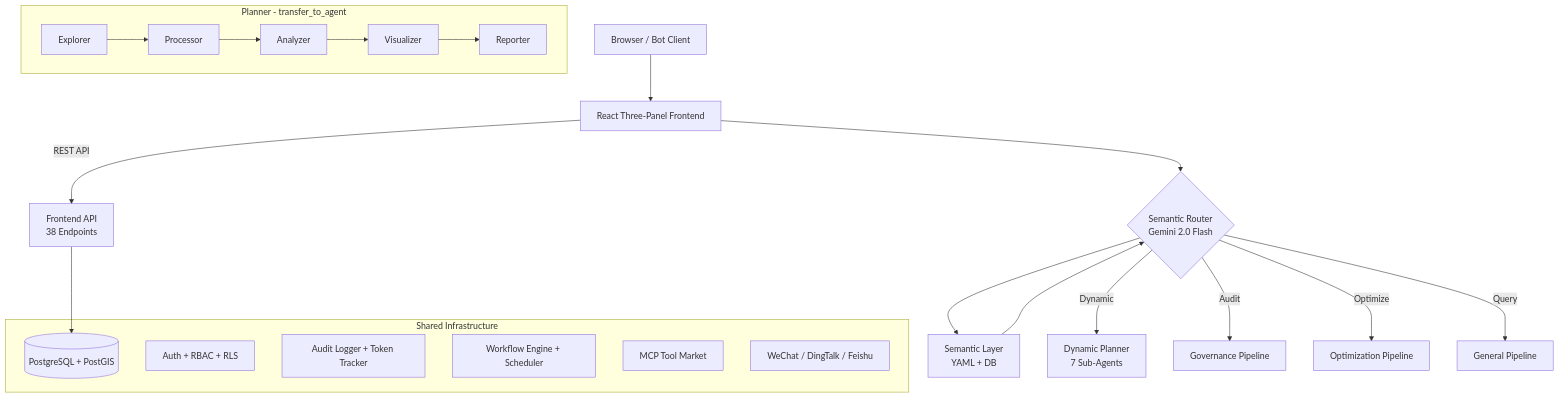
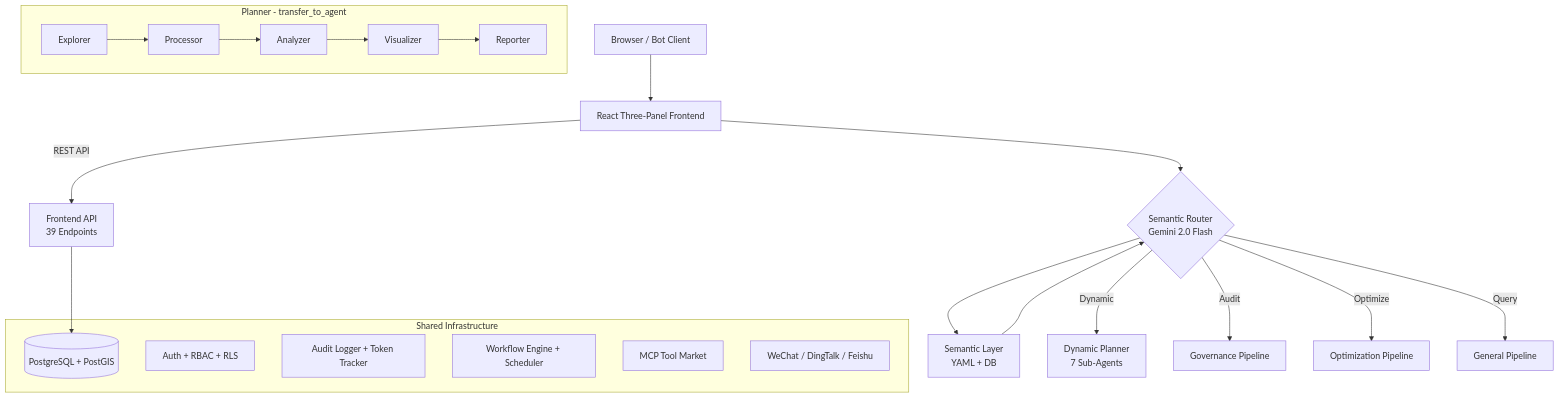
One commit to zhouning/gisdataagent changed the diagram in README_en.md. Above: the diagram before and after it, drawn with Mermaid. The commit also changed other lines of this file and 1 other file, not shown here.

Commit message:
docs(readme): sync both READMEs to v7.5 complete — 39 endpoints, 1490+ tests, 16 skills, context caching

````diff
--- a/README_en.md
+++ b/README_en.md
@@ -60,28 +60,28 @@
 ```mermaid
 graph TD
     User["Browser / Bot Client"] --> FE["React Three-Panel Frontend"]
     FE --> Router{"Semantic Router<br/>Gemini 2.0 Flash"}
     Router --> SL["Semantic Layer<br/>YAML + DB"]
     SL --> Router
 
     Router --"Dynamic"--> Planner["Dynamic Planner<br/>7 Sub-Agents"]
     Router --"Audit"--> Gov["Governance Pipeline"]
     Router --"Optimize"--> Opt["Optimization Pipeline"]
     Router --"Query"--> Gen["General Pipeline"]
 
     subgraph PlannerSub ["Planner - transfer_to_agent"]
         PE["Explorer"] --> PP["Processor"] --> PA["Analyzer"] --> PV["Visualizer"] --> PR["Reporter"]
     end
 
     subgraph Infra ["Shared Infrastructure"]
         DB[("PostgreSQL + PostGIS")]
         Auth["Auth + RBAC + RLS"]
         Audit["Audit Logger + Token Tracker"]
         WF["Workflow Engine + Scheduler"]
         MCP["MCP Tool Market"]
         Bots["WeChat / DingTalk / Feishu"]
     end
 
-    FE --"REST API"--> FAPI["Frontend API<br/>38 Endpoints"]
+    FE --"REST API"--> FAPI["Frontend API<br/>39 Endpoints"]
     FAPI --> DB
 ```
````
